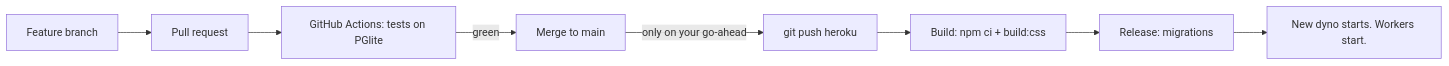
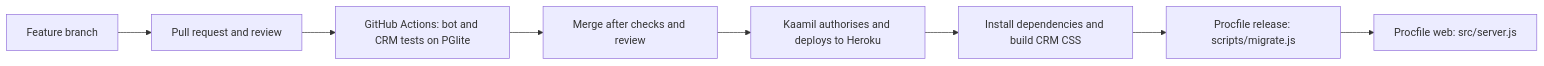
One commit to kaamilstudiesig/GKF-WA changed diagram 14 of 15 in docs/SYSTEM_MAP.md. Above: the diagram before and after it, drawn with Mermaid. The commit also changed other lines of this file, not shown here.

````diff
--- a/docs/SYSTEM_MAP.md
+++ b/docs/SYSTEM_MAP.md
@@ -289,10 +458,10 @@
 ```mermaid
 flowchart LR
-  BR["Feature branch"] --> PR["Pull request"]
-  PR --> CI["GitHub Actions: tests on PGlite"]
-  CI -- "green" --> MG["Merge to main"]
-  MG -- "only on your go-ahead" --> HK["git push heroku"]
-  HK --> BLD["Build: npm ci + build:css"]
-  BLD --> RL["Release: migrations"]
-  RL --> UP["New dyno starts. Workers start."]
+  BR["Feature branch"] --> PR["Pull request and review"]
+  PR --> CI["GitHub Actions: bot and CRM tests on PGlite"]
+  CI --> MERGE["Merge after checks and review"]
+  MERGE --> DEPLOY["Kaamil authorises and deploys to Heroku"]
+  DEPLOY --> BUILD["Install dependencies and build CRM CSS"]
+  BUILD --> RELEASE["Procfile release: scripts/migrate.js"]
+  RELEASE --> BOOT["Procfile web: src/server.js"]
 ```
````
